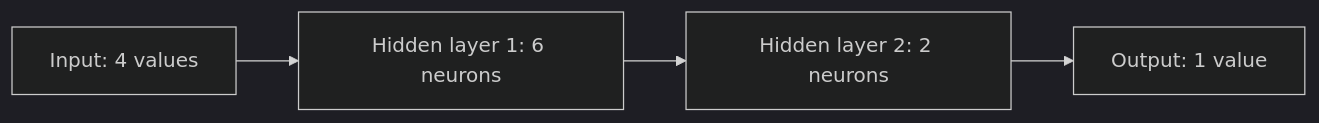
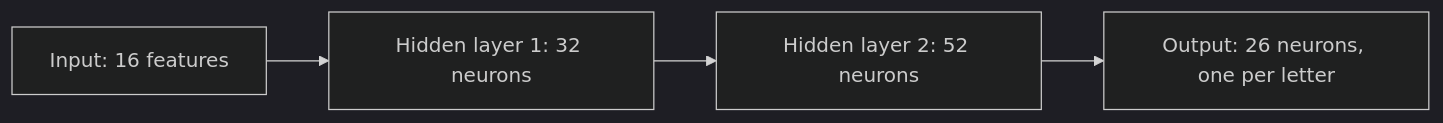
Before and after one commit to galvatrone/-_neural_network: the diagram in README.md, drawn with Mermaid (dark theme). The commit also changed other lines of this file and 3 other files, not shown here.

````diff
--- a/README.md
+++ b/README.md
@@ -22,6 +54,6 @@
 ```mermaid
 flowchart LR
-    X["Input: 4 values"] --> H1["Hidden layer 1: 6 neurons"]
-    H1 --> H2["Hidden layer 2: 2 neurons"]
-    H2 --> Y["Output: 1 value"]
+    X["Input: 16 features"] --> H1["Hidden layer 1: 32 neurons"]
+    H1 --> H2["Hidden layer 2: 52 neurons"]
+    H2 --> Y["Output: 26 neurons, one per letter"]
 ```
````
